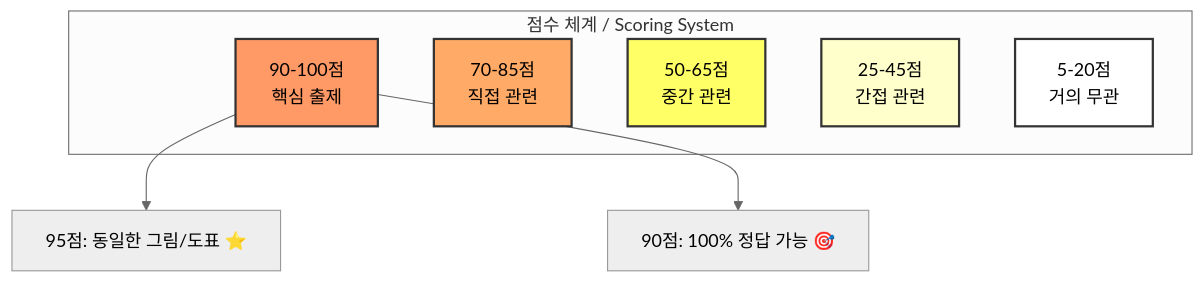
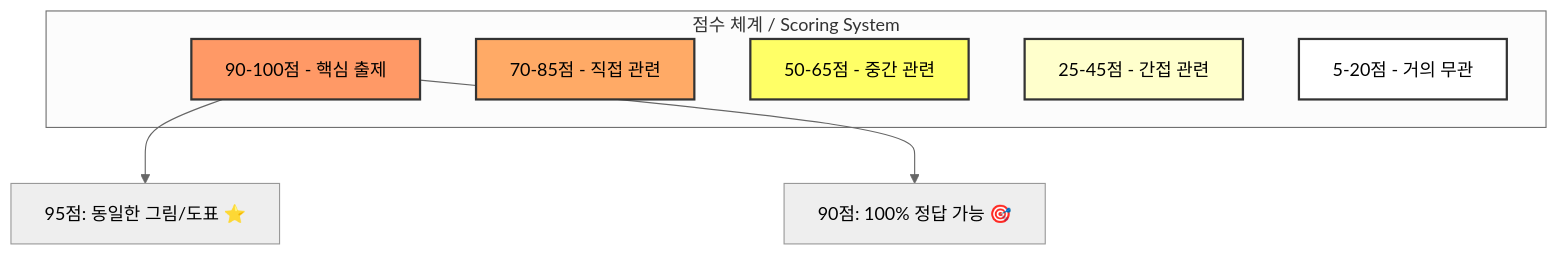
One commit to ksw6895/jokbodude changed diagram 23 of 39 in architecture.md. Above: the diagram before and after it, drawn with Mermaid (neutral theme). The commit also changed other lines of this file, not shown here.

First line of the commit message:
fix: architecture.md Mermaid 다이어그램 파싱 오류 수정

````diff
--- a/architecture.md
+++ b/architecture.md
@@ -1235,19 +1235,19 @@
 ```mermaid
 graph TB
     subgraph "점수 체계 / Scoring System"
-        A[90-100점<br/>핵심 출제] 
-        B[70-85점<br/>직접 관련]
-        C[50-65점<br/>중간 관련]
-        D[25-45점<br/>간접 관련]
-        E[5-20점<br/>거의 무관]
+        A[90-100점 - 핵심 출제] 
+        B[70-85점 - 직접 관련]
+        C[50-65점 - 중간 관련]
+        D[25-45점 - 간접 관련]
+        E[5-20점 - 거의 무관]
     end
     
     A --> F[95점: 동일한 그림/도표 ⭐]
     A --> G[90점: 100% 정답 가능 🎯]
     
     style A fill:#f96,stroke:#333,stroke-width:2px
     style B fill:#fa6,stroke:#333,stroke-width:2px
     style C fill:#ff6,stroke:#333,stroke-width:2px
     style D fill:#ffc,stroke:#333,stroke-width:2px
     style E fill:#fff,stroke:#333,stroke-width:2px
 ```
````
